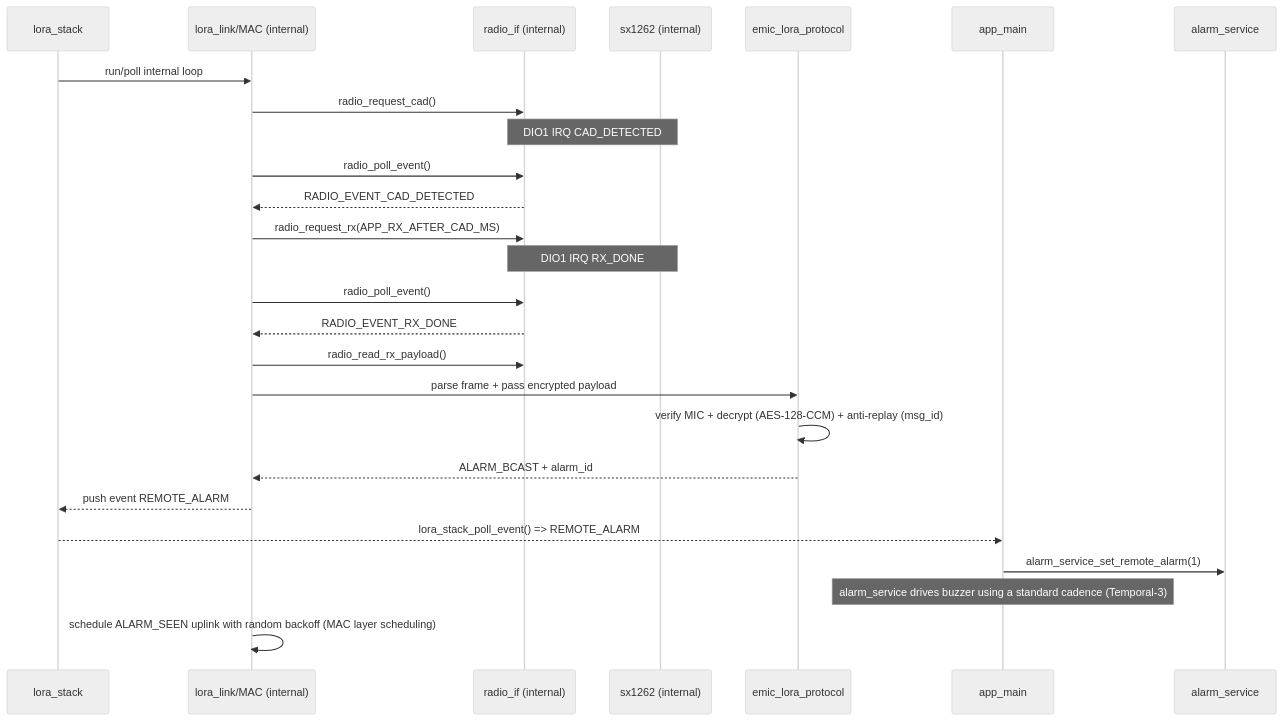
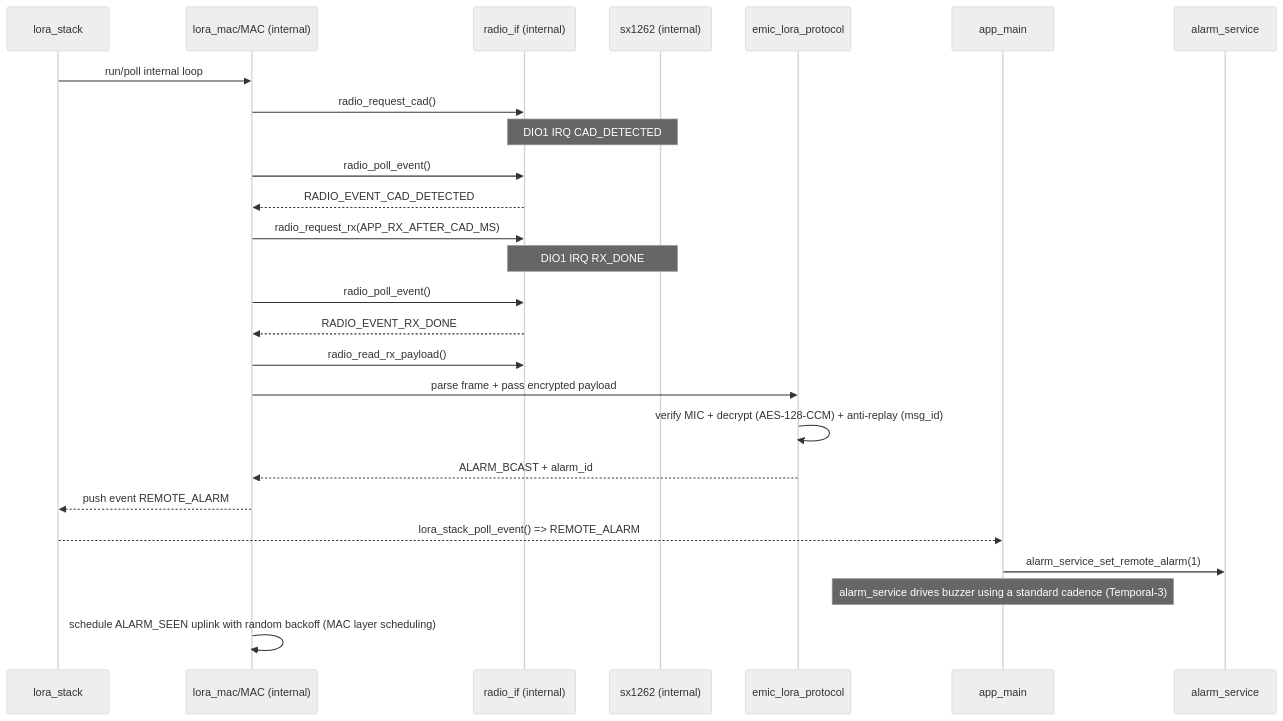
Before and after one commit to vuvantruong120896/emic_lora_protocol: the eighth of 11 diagrams in EMIC_LORA_PROTOCOL/docs/main_runtime_flow.md, drawn with Mermaid (neutral theme). The commit also changed other lines of this file and 15 other files, not shown here.

````diff
--- a/EMIC_LORA_PROTOCOL/docs/main_runtime_flow.md
+++ b/EMIC_LORA_PROTOCOL/docs/main_runtime_flow.md
@@ -353,29 +353,29 @@
 ```mermaid
 sequenceDiagram
   participant STACK as lora_stack
-  participant MAC as lora_link/MAC (internal)
+  participant MAC as lora_mac/MAC (internal)
   participant RADIO as radio_if (internal)
   participant SX as sx1262 (internal)
   participant PROTO as emic_lora_protocol
   participant APP as app_main
   participant ALARM as alarm_service
 
   STACK->>MAC: run/poll internal loop
   MAC->>RADIO: radio_request_cad()
   Note over SX,RADIO: DIO1 IRQ CAD_DETECTED
   MAC->>RADIO: radio_poll_event()
   RADIO-->>MAC: RADIO_EVENT_CAD_DETECTED
   MAC->>RADIO: radio_request_rx(APP_RX_AFTER_CAD_MS)
   Note over SX,RADIO: DIO1 IRQ RX_DONE
   MAC->>RADIO: radio_poll_event()
   RADIO-->>MAC: RADIO_EVENT_RX_DONE
   MAC->>RADIO: radio_read_rx_payload()
   MAC->>PROTO: parse frame + pass encrypted payload
   PROTO->>PROTO: verify MIC + decrypt (AES-128-CCM) + anti-replay (msg_id)
   PROTO-->>MAC: ALARM_BCAST + alarm_id
   MAC-->>STACK: push event REMOTE_ALARM
   STACK-->>APP: lora_stack_poll_event() => REMOTE_ALARM
   APP->>ALARM: alarm_service_set_remote_alarm(1)
   Note over APP: alarm_service drives buzzer using a standard cadence (Temporal-3)
   MAC->>MAC: schedule ALARM_SEEN uplink with random backoff (MAC layer scheduling)
 ```
````
